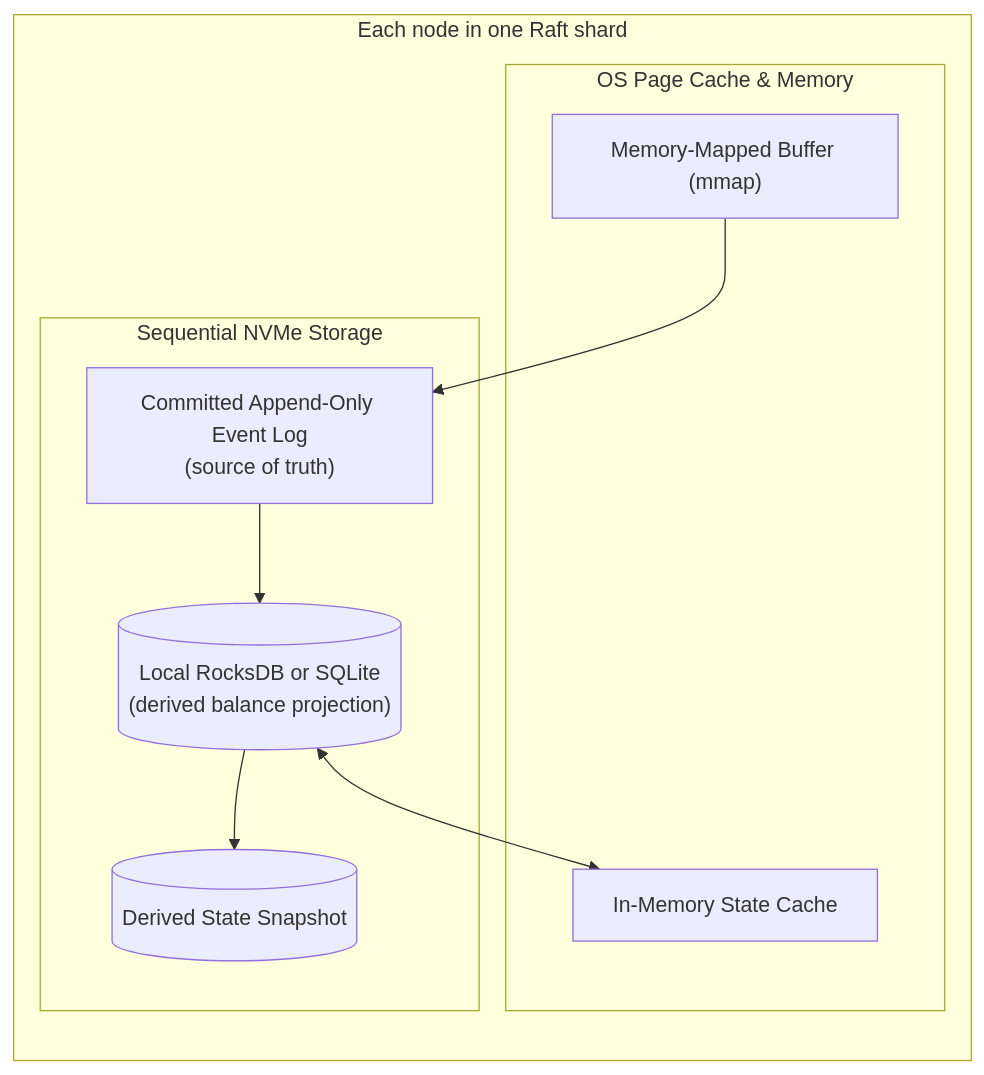
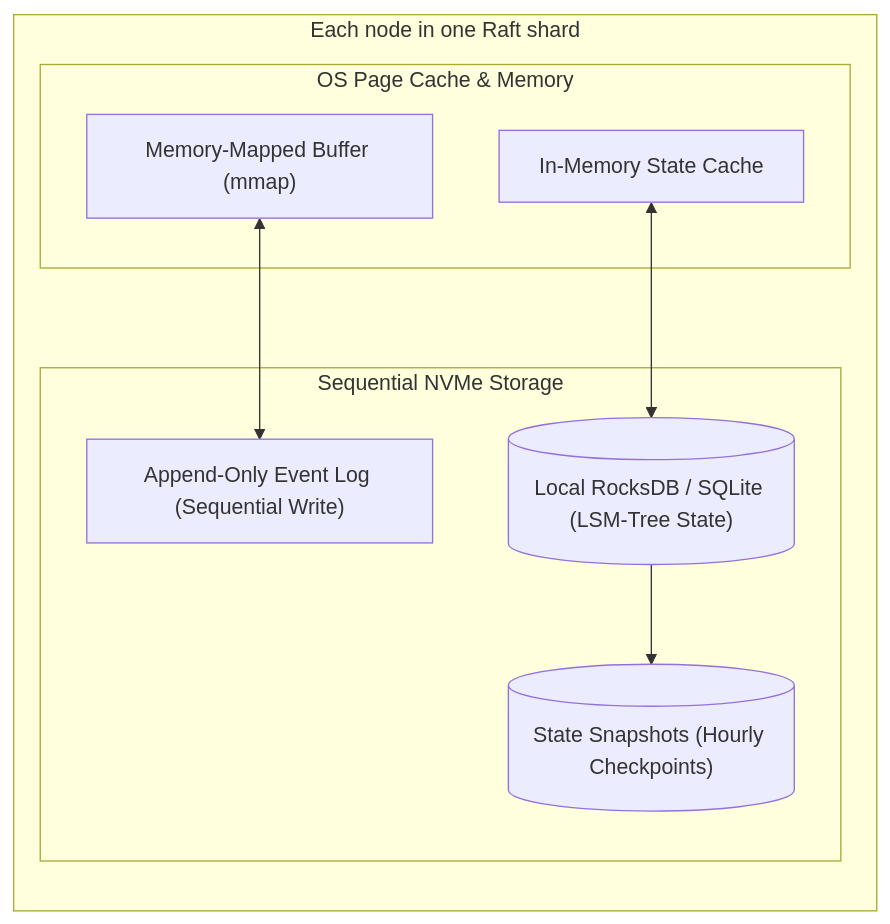
One commit to gurkanindibay/azure_learning changed the sixth of 11 diagrams in system-design-cases/bytebytego/28-digital-wallet.md. Above: the diagram before and after it, drawn with Mermaid. The commit also changed other lines of this file, not shown here.

Commit message:
Enhance digital wallet design with local storage optimizations and architectural summary

````diff
--- a/system-design-cases/bytebytego/28-digital-wallet.md
+++ b/system-design-cases/bytebytego/28-digital-wallet.md
@@ -189,20 +190,19 @@
 ```mermaid
 flowchart TD
     subgraph NodeArchitecture["Each node in one Raft shard"]
         direction TB
         subgraph MemStore["OS Page Cache & Memory"]
             MMAP["Memory-Mapped Buffer (mmap)"]
             MEM_STATE["In-Memory State Cache"]
         end
         subgraph DiskStore["Sequential NVMe Storage"]
-            WAL["Committed Append-Only Event Log<br/>(source of truth)"]
-            ROCKS[("Local RocksDB or SQLite<br/>(derived balance projection)")]
-            SNAP[("Derived State Snapshot")]
+            WAL["Append-Only Event Log (Sequential Write)"]
+            ROCKS[("Local RocksDB / SQLite (LSM-Tree State)")]
+            SNAP[("State Snapshots (Hourly Checkpoints)")]
         end
     end
 
-    MMAP --> WAL
-    WAL --> ROCKS
-    ROCKS <--> MEM_STATE
+    MMAP <--> WAL
+    MEM_STATE <--> ROCKS
     ROCKS --> SNAP
 ```
````
